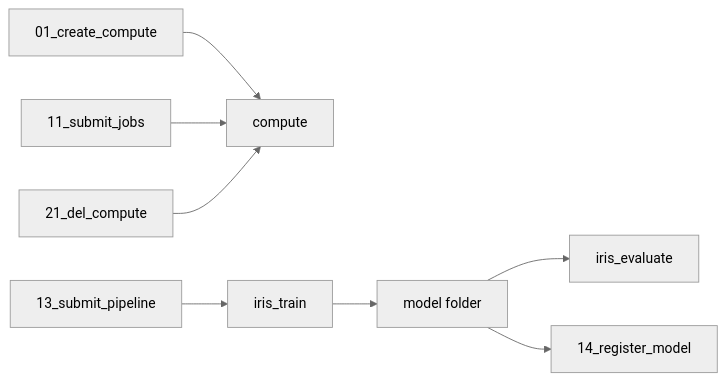
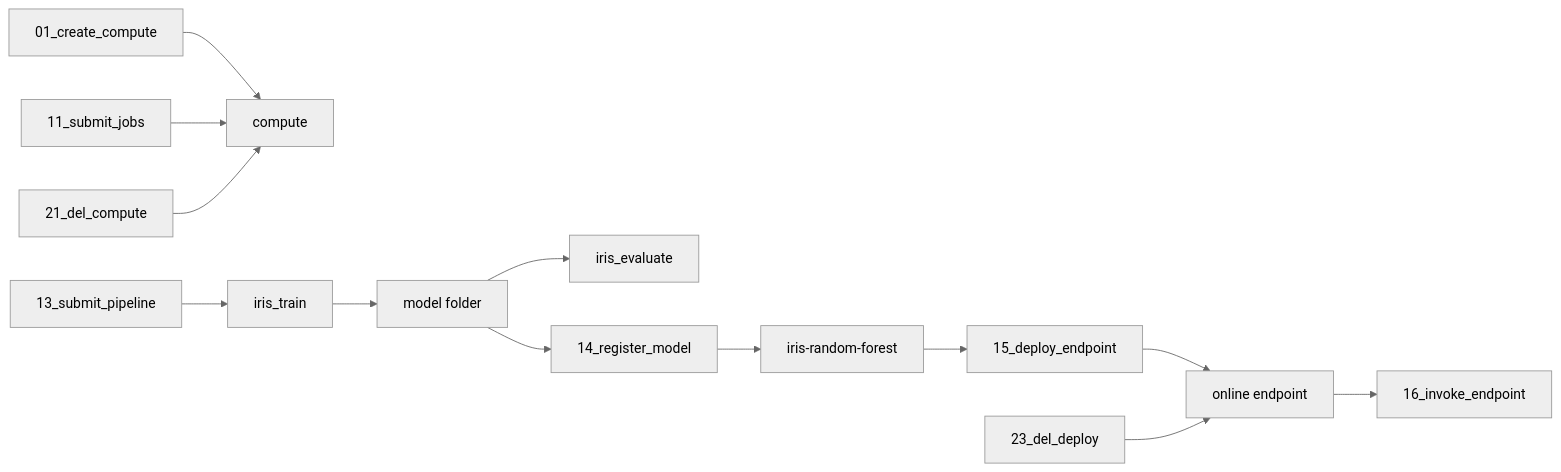
The diagram in mlops-pipeline/README.md (ciyoon-mlops/azure-mlops-portfolio), drawn with Mermaid (neutral theme) before and after one commit. The commit also changed other lines of this file and 5 other files, not shown here.

Commit message:
Deploy the registered Iris model to an online endpoint and document that step.

````diff
--- a/mlops-pipeline/README.md
+++ b/mlops-pipeline/README.md
@@ -255,10 +318,15 @@
 ```mermaid
 flowchart LR
   Create[01_create_compute] --> Compute[compute]
   Job[11_submit_jobs] --> Compute
   Pipeline[13_submit_pipeline] --> Train[iris_train]
   Train --> ModelFolder[model folder]
   ModelFolder --> Evaluate[iris_evaluate]
   ModelFolder --> Register[14_register_model]
+  Register --> RegisteredModel[iris-random-forest]
+  RegisteredModel --> Deploy[15_deploy_endpoint]
+  Deploy --> Endpoint[online endpoint]
+  Endpoint --> Invoke[16_invoke_endpoint]
+  DeleteEndpoint[23_del_deploy] --> Endpoint
   Delete[21_del_compute] --> Compute
 ```
````
